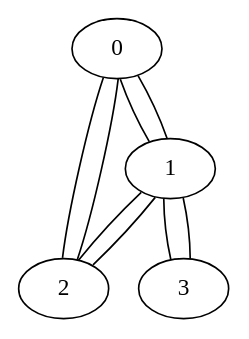
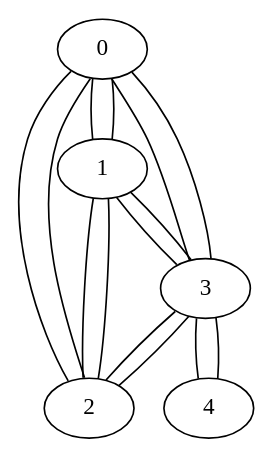
One commit to AnastasiiaSky/SimpleNavigator-v1.0 changed the diagram in src/output.dot. Above: the diagram before and after it, drawn with Graphviz. The commit also changed 12 other files, not shown here.

```diff
--- a/src/output.dot
+++ b/src/output.dot
@@ -1,10 +1,16 @@
 graph G {
   0 -- 1;
   0 -- 2;
+  0 -- 3;
   1 -- 0;
   1 -- 2;
   1 -- 3;
   2 -- 0;
   2 -- 1;
+  2 -- 3;
+  3 -- 0;
   3 -- 1;
+  3 -- 2;
+  3 -- 4;
+  4 -- 3;
 }
```
